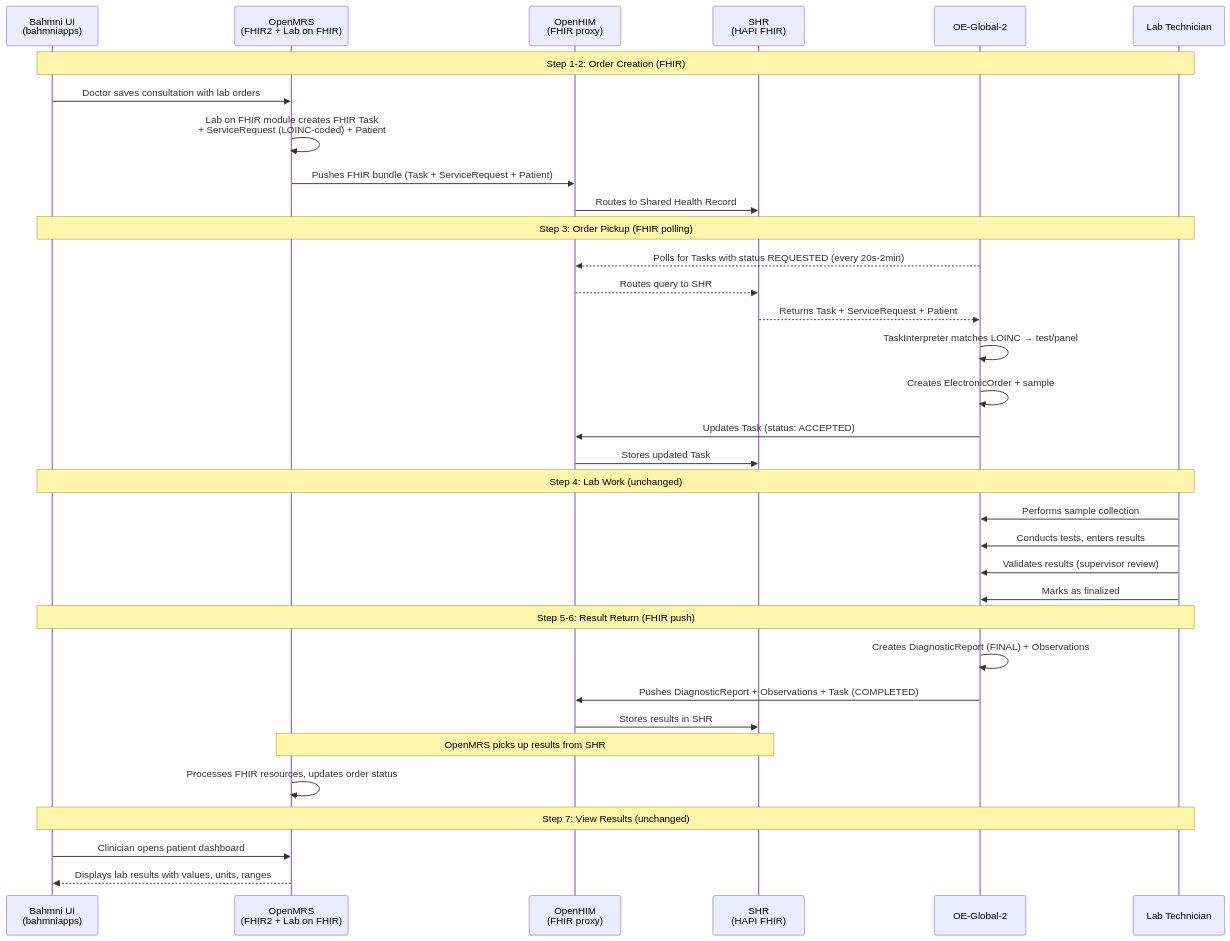
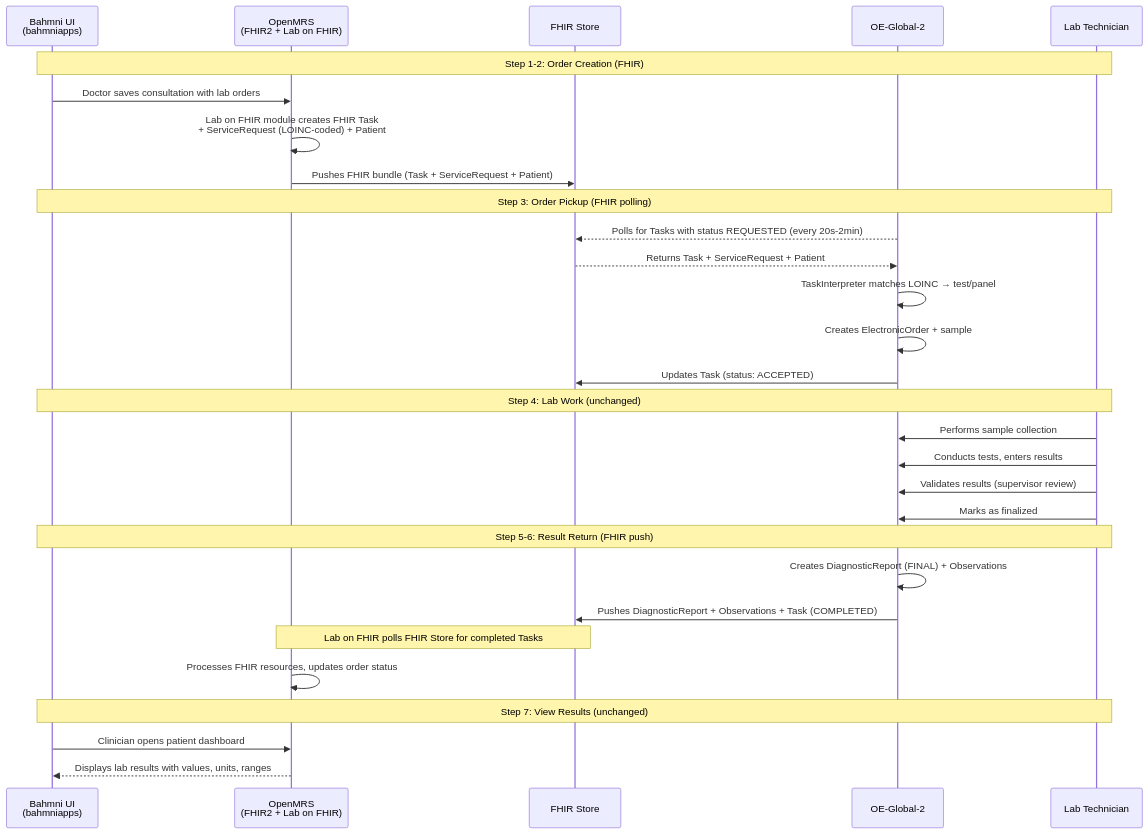
The first of 3 diagrams in docs/proposed-flow-detail.md (Bahmni/OpenElis), drawn with Mermaid before and after one commit. The commit also changed other lines of this file and 3 other files, not shown here.

First line of the commit message:
Restructure all docs to flow both architecture options consistently

````diff
--- a/docs/proposed-flow-detail.md
+++ b/docs/proposed-flow-detail.md
@@ -11,41 +16,36 @@
 ```mermaid
 sequenceDiagram
     participant UI as Bahmni UI<br/>(bahmniapps)
     participant MRS as OpenMRS<br/>(FHIR2 + Lab on FHIR)
-    participant HIM as OpenHIM<br/>(FHIR proxy)
-    participant SHR as SHR<br/>(HAPI FHIR)
+    participant FHIR as FHIR Store
     participant OEG as OE-Global-2
     participant LAB as Lab Technician
 
     Note over UI,LAB: Step 1-2: Order Creation (FHIR)
     UI->>MRS: Doctor saves consultation with lab orders
     MRS->>MRS: Lab on FHIR module creates FHIR Task<br/>+ ServiceRequest (LOINC-coded) + Patient
-    MRS->>HIM: Pushes FHIR bundle (Task + ServiceRequest + Patient)
-    HIM->>SHR: Routes to Shared Health Record
+    MRS->>FHIR: Pushes FHIR bundle (Task + ServiceRequest + Patient)
 
     Note over UI,LAB: Step 3: Order Pickup (FHIR polling)
-    OEG-->>HIM: Polls for Tasks with status REQUESTED (every 20s-2min)
-    HIM-->>SHR: Routes query to SHR
-    SHR-->>OEG: Returns Task + ServiceRequest + Patient
+    OEG-->>FHIR: Polls for Tasks with status REQUESTED (every 20s-2min)
+    FHIR-->>OEG: Returns Task + ServiceRequest + Patient
     OEG->>OEG: TaskInterpreter matches LOINC → test/panel
     OEG->>OEG: Creates ElectronicOrder + sample
-    OEG->>HIM: Updates Task (status: ACCEPTED)
-    HIM->>SHR: Stores updated Task
+    OEG->>FHIR: Updates Task (status: ACCEPTED)
 
     Note over UI,LAB: Step 4: Lab Work (unchanged)
     LAB->>OEG: Performs sample collection
     LAB->>OEG: Conducts tests, enters results
     LAB->>OEG: Validates results (supervisor review)
     LAB->>OEG: Marks as finalized
 
     Note over UI,LAB: Step 5-6: Result Return (FHIR push)
     OEG->>OEG: Creates DiagnosticReport (FINAL) + Observations
-    OEG->>HIM: Pushes DiagnosticReport + Observations + Task (COMPLETED)
-    HIM->>SHR: Stores results in SHR
-    Note over MRS,SHR: OpenMRS picks up results from SHR
+    OEG->>FHIR: Pushes DiagnosticReport + Observations + Task (COMPLETED)
+    Note over MRS,FHIR: Lab on FHIR polls FHIR Store for completed Tasks
     MRS->>MRS: Processes FHIR resources, updates order status
 
     Note over UI,LAB: Step 7: View Results (unchanged)
     UI->>MRS: Clinician opens patient dashboard
     MRS-->>UI: Displays lab results with values, units, ranges
 ```
````
